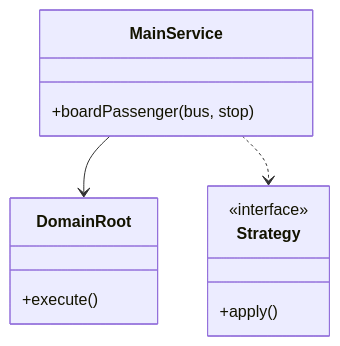
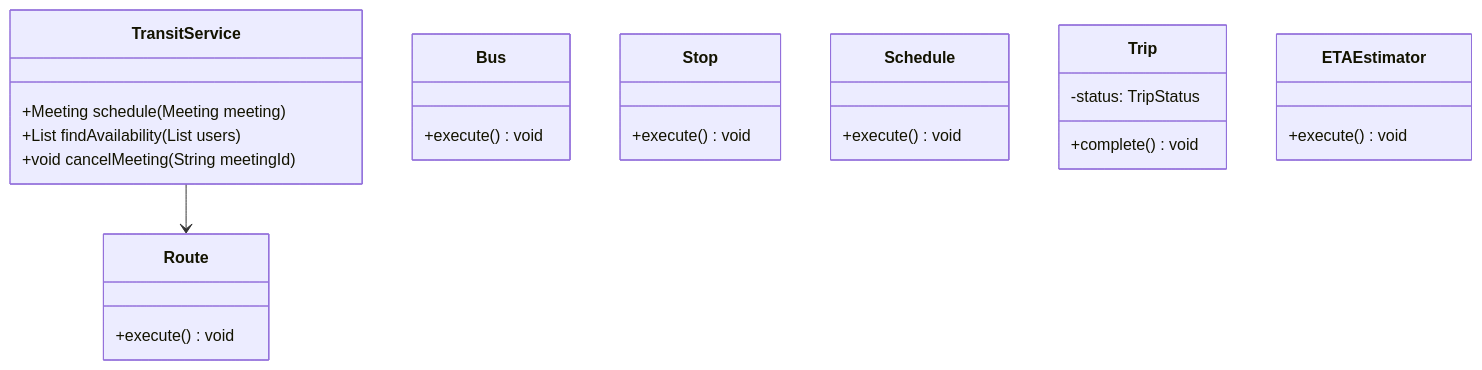
The first of 3 diagrams in Learn/System Design - Low Level Design/02-classic-ood/questions/Q54-bus-transit.md (madhupaila/Interview-Prep-SSE), drawn with Mermaid before and after one commit. The commit also changed other lines of this file and 491 other files, not shown here.

````diff
--- a/Learn/System Design - Low Level Design/02-classic-ood/questions/Q54-bus-transit.md
+++ b/Learn/System Design - Low Level Design/02-classic-ood/questions/Q54-bus-transit.md
@@ -75,15 +93,28 @@
 ```mermaid
 classDiagram
-    class MainService {
-        +boardPassenger(bus, stop)
+    class TransitService {
+        +Meeting schedule(Meeting meeting)
+        +List<TimeSlot> findAvailability(List<Participant> users)
+        +void cancelMeeting(String meetingId)
     }
-    class DomainRoot {
-        +execute()
+    class Route {
+        +execute() void
     }
-    class Strategy {
-        <<interface>>
-        +apply()
+    class Bus {
+        +execute() void
     }
-    MainService --> DomainRoot
-    MainService ..> Strategy
+    class Stop {
+        +execute() void
+    }
+    class Schedule {
+        +execute() void
+    }
+    class Trip {
+        -status: TripStatus
+        +complete() void
+    }
+    class ETAEstimator {
+        +execute() void
+    }
+    TransitService --> Route
 ```
````
